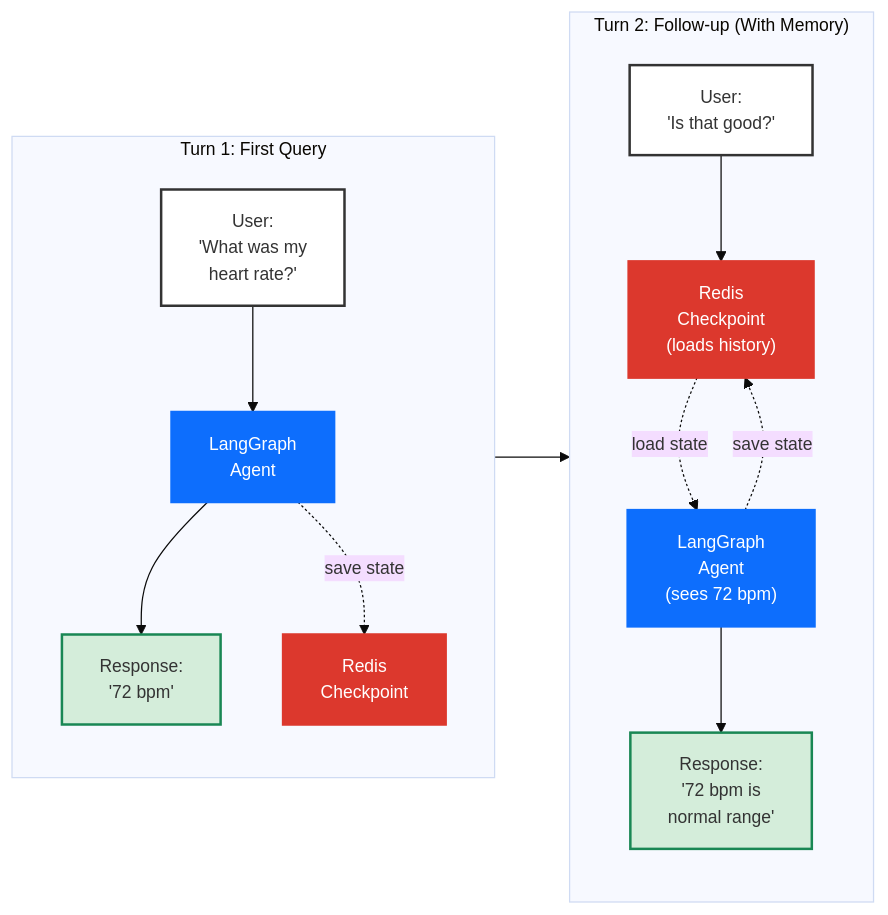
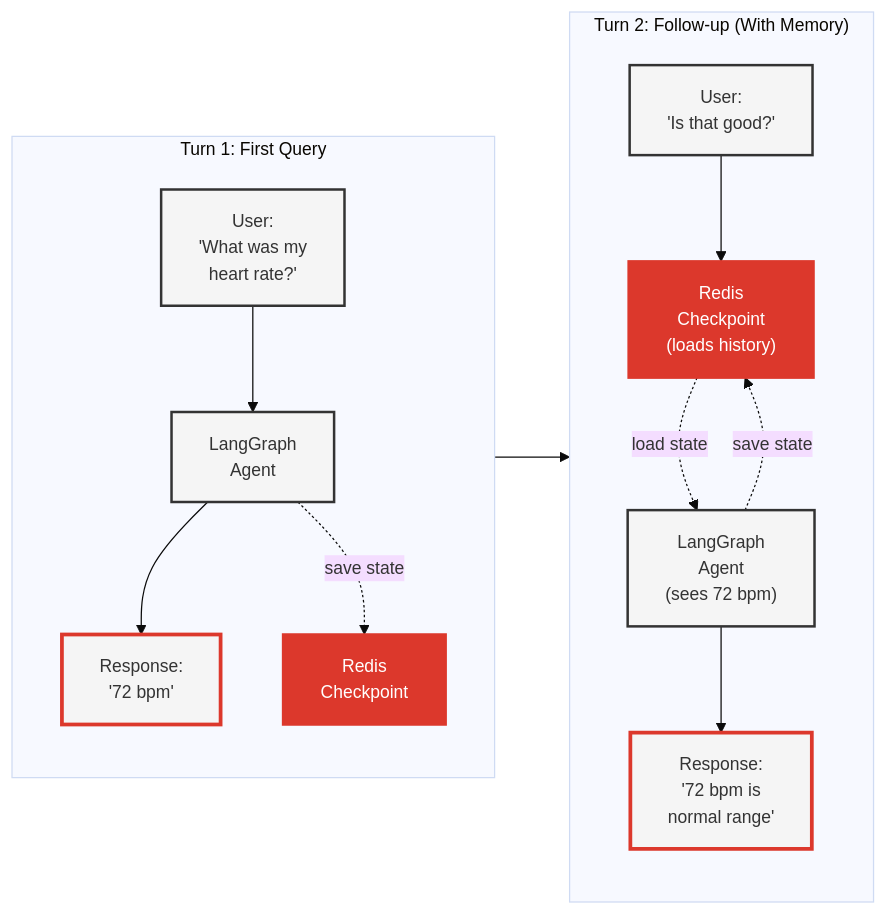
The first of 2 diagrams in docs/12_LANGGRAPH_CHECKPOINTING.md (AllieRays/redis-wellness), drawn with Mermaid before and after one commit. The commit also changed other lines of this file and 6 other files, not shown here.

````diff
--- a/docs/12_LANGGRAPH_CHECKPOINTING.md
+++ b/docs/12_LANGGRAPH_CHECKPOINTING.md
@@ -21,37 +21,37 @@
 ```mermaid
 %%{init: {'theme':'base', 'themeVariables': { 'fontSize':'14px'}, 'flowchart': {'nodeSpacing': 50, 'rankSpacing': 60}}}%%
 flowchart LR
     subgraph Turn1["Turn 1: First Query"]
         U1["User:<br/>'What was my<br/>heart rate?'"]
         L1["LangGraph<br/>Agent"]
         R1["Redis<br/>Checkpoint"]
         A1["Response:<br/>'72 bpm'"]
 
         U1 --> L1
         L1 --> A1
         L1 -."save state".-> R1
     end
 
     subgraph Turn2["Turn 2: Follow-up (With Memory)"]
         U2["User:<br/>'Is that good?'"]
         R2["Redis<br/>Checkpoint<br/>(loads history)"]
         L2["LangGraph<br/>Agent<br/>(sees 72 bpm)"]
         A2["Response:<br/>'72 bpm is<br/>normal range'"]
 
         U2 --> R2
         R2 -."load state".-> L2
         L2 --> A2
         L2 -."save state".-> R2
     end
 
     Turn1 --> Turn2
 
-    style U1 fill:#fff,stroke:#333,stroke-width:2px
-    style U2 fill:#fff,stroke:#333,stroke-width:2px
-    style L1 fill:#0d6efd,stroke:#0d6efd,stroke-width:2px,color:#fff
-    style L2 fill:#0d6efd,stroke:#0d6efd,stroke-width:2px,color:#fff
-    style R1 fill:#dc382d,stroke:#dc382d,stroke-width:2px,color:#fff
-    style R2 fill:#dc382d,stroke:#dc382d,stroke-width:2px,color:#fff
-    style A1 fill:#d4edda,stroke:#198754,stroke-width:2px
-    style A2 fill:#d4edda,stroke:#198754,stroke-width:2px
+    style U1 fill:#f5f5f5,stroke:#333,stroke-width:2px
+    style U2 fill:#f5f5f5,stroke:#333,stroke-width:2px
+    style L1 fill:#f5f5f5,stroke:#333,stroke-width:2px
+    style L2 fill:#f5f5f5,stroke:#333,stroke-width:2px
+    style R1 fill:#DC382C,stroke:#DC382C,stroke-width:2px,color:#fff
+    style R2 fill:#DC382C,stroke:#DC382C,stroke-width:2px,color:#fff
+    style A1 fill:#f5f5f5,stroke:#DC382C,stroke-width:3px
+    style A2 fill:#f5f5f5,stroke:#DC382C,stroke-width:3px
 ```
````
